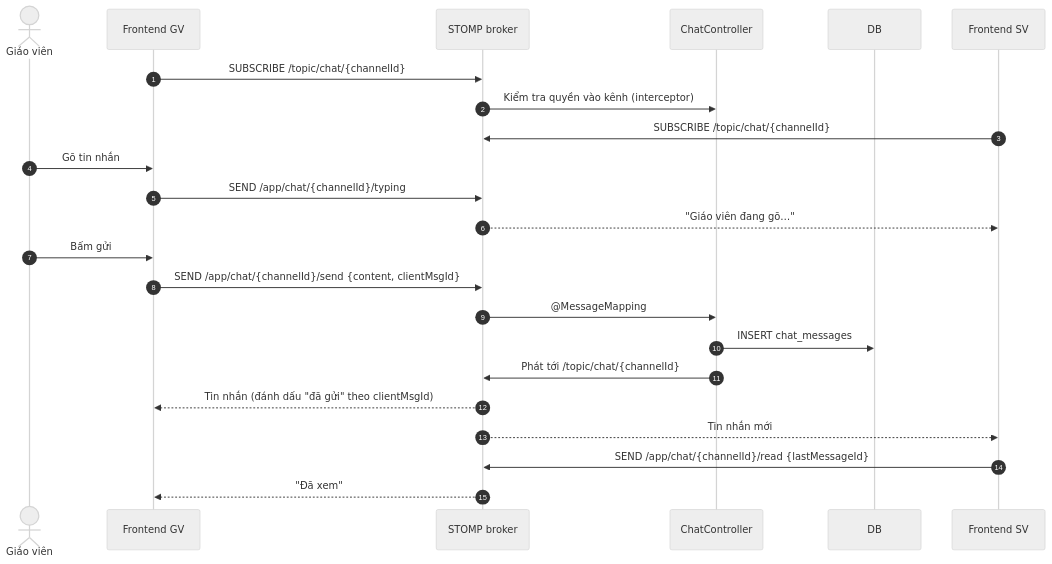
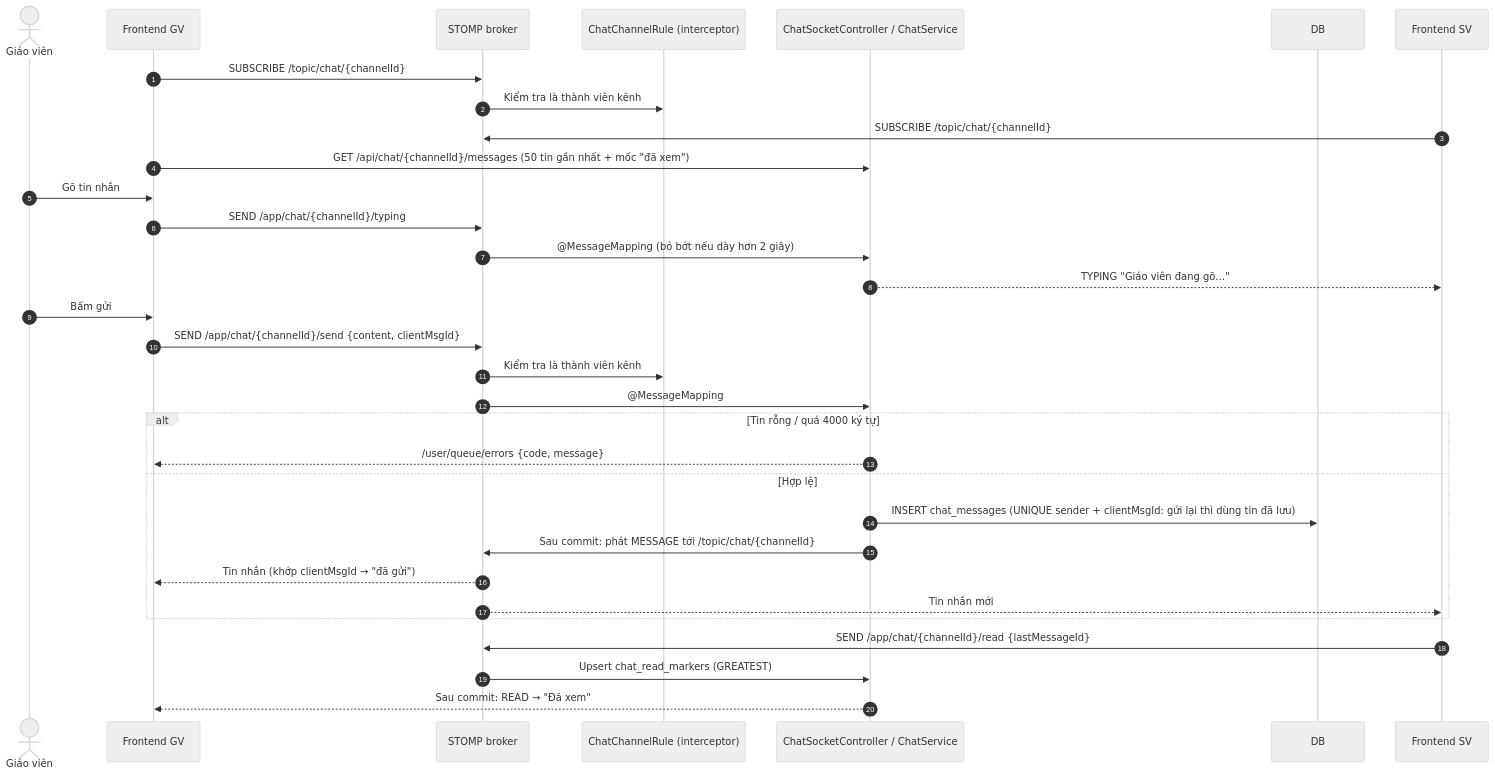
One commit to duckkthoi/ielts-system changed diagram 12 of 13 in docs/03-sequence.md. Above: the diagram before and after it, drawn with Mermaid (neutral theme). The commit also changed other lines of this file and 155 other files, not shown here.

````diff
--- a/docs/03-sequence.md
+++ b/docs/03-sequence.md
@@ -486,26 +501,35 @@
 ```mermaid
 sequenceDiagram
     autonumber
     actor A as Giáo viên
     participant FA as Frontend GV
     participant WS as STOMP broker
-    participant C as ChatController
+    participant R as ChatChannelRule (interceptor)
+    participant C as ChatSocketController / ChatService
     participant DB as DB
     participant FB as Frontend SV
 
     FA->>WS: SUBSCRIBE /topic/chat/{channelId}
-    WS->>C: Kiểm tra quyền vào kênh (interceptor)
+    WS->>R: Kiểm tra là thành viên kênh
     FB->>WS: SUBSCRIBE /topic/chat/{channelId}
+    FA->>C: GET /api/chat/{channelId}/messages (50 tin gần nhất + mốc "đã xem")
     A->>FA: Gõ tin nhắn
     FA->>WS: SEND /app/chat/{channelId}/typing
-    WS-->>FB: "Giáo viên đang gõ…"
+    WS->>C: @MessageMapping (bỏ bớt nếu dày hơn 2 giây)
+    C-->>FB: TYPING "Giáo viên đang gõ…"
     A->>FA: Bấm gửi
     FA->>WS: SEND /app/chat/{channelId}/send {content, clientMsgId}
+    WS->>R: Kiểm tra là thành viên kênh
     WS->>C: @MessageMapping
-    C->>DB: INSERT chat_messages
-    C->>WS: Phát tới /topic/chat/{channelId}
-    WS-->>FA: Tin nhắn (đánh dấu "đã gửi" theo clientMsgId)
-    WS-->>FB: Tin nhắn mới
+    alt Tin rỗng / quá 4000 ký tự
+        C-->>FA: /user/queue/errors {code, message}
+    else Hợp lệ
+        C->>DB: INSERT chat_messages (UNIQUE sender + clientMsgId: gửi lại thì dùng tin đã lưu)
+        C->>WS: Sau commit: phát MESSAGE tới /topic/chat/{channelId}
+        WS-->>FA: Tin nhắn (khớp clientMsgId → "đã gửi")
+        WS-->>FB: Tin nhắn mới
+    end
     FB->>WS: SEND /app/chat/{channelId}/read {lastMessageId}
-    WS-->>FA: "Đã xem"
+    WS->>C: Upsert chat_read_markers (GREATEST)
+    C-->>FA: Sau commit: READ → "Đã xem"
 ```
````
